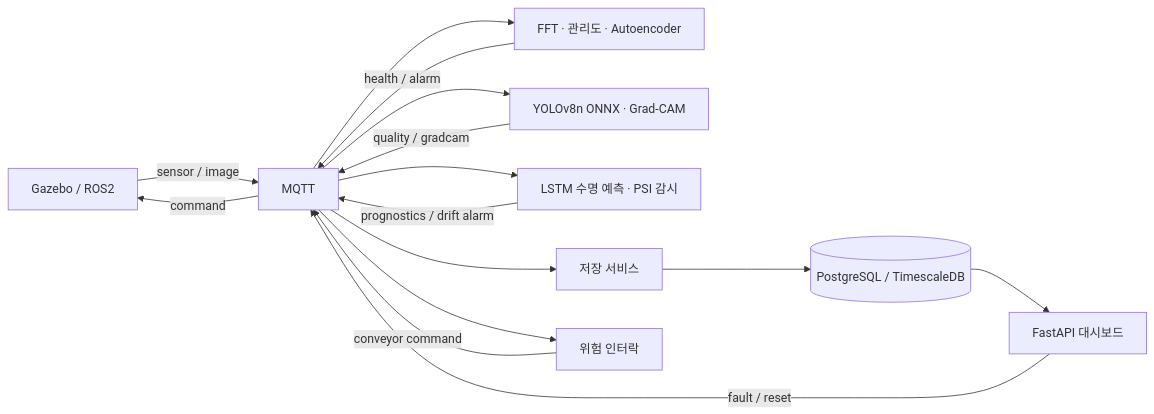
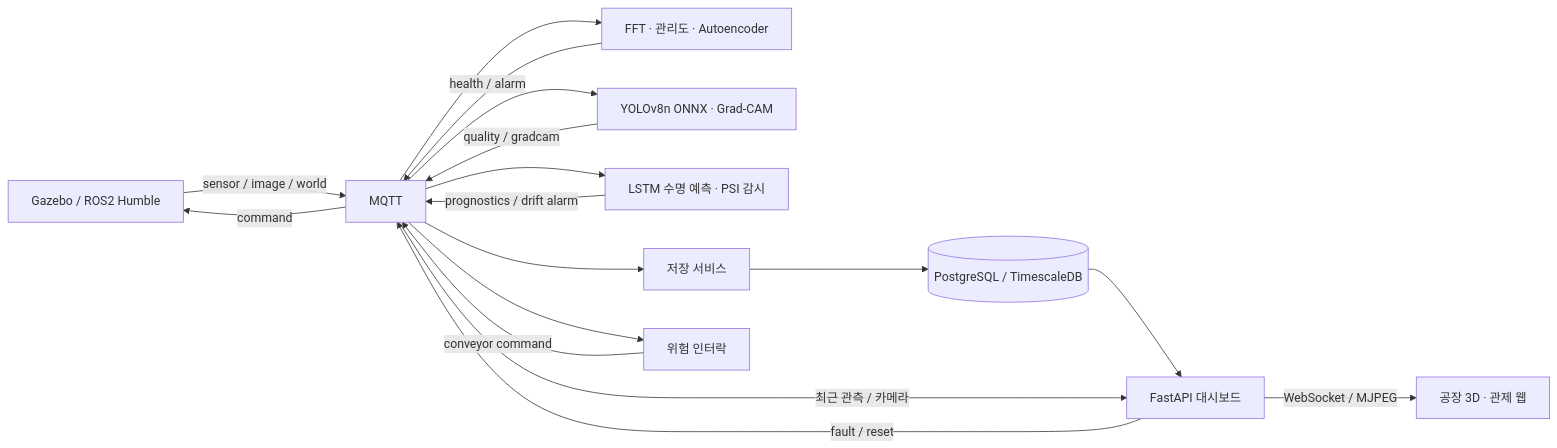
Before and after one commit to hajijiha/smart-factory-ai: the diagram in README.md, drawn with Mermaid. The commit also changed other lines of this file and 75 other files, not shown here.

````diff
--- a/README.md
+++ b/README.md
@@ -42,17 +49,19 @@
 ```mermaid
 flowchart LR
-    G[Gazebo / ROS2] -->|sensor / image| M[MQTT]
+    G[Gazebo / ROS2 Humble] -->|sensor / image / world| M[MQTT]
     M --> P[FFT · 관리도 · Autoencoder]
     M --> V[YOLOv8n ONNX · Grad-CAM]
     P -->|health / alarm| M
     M --> R[LSTM 수명 예측 · PSI 감시]
     R -->|prognostics / drift alarm| M
     V -->|quality / gradcam| M
     M --> S[저장 서비스]
     S --> DB[(PostgreSQL / TimescaleDB)]
     DB --> D[FastAPI 대시보드]
+    M -->|최근 관측 / 카메라| D
+    D -->|WebSocket / MJPEG| W[공장 3D · 관제 웹]
     D -->|fault / reset| M
     M --> C[위험 인터락]
     C -->|conveyor command| M
     M -->|command| G
 ```
````
